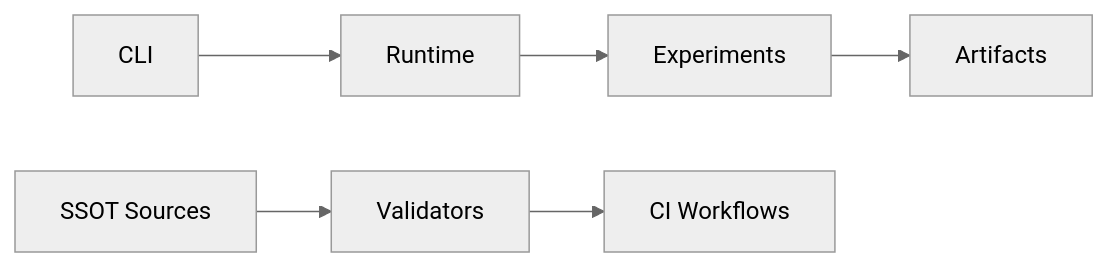
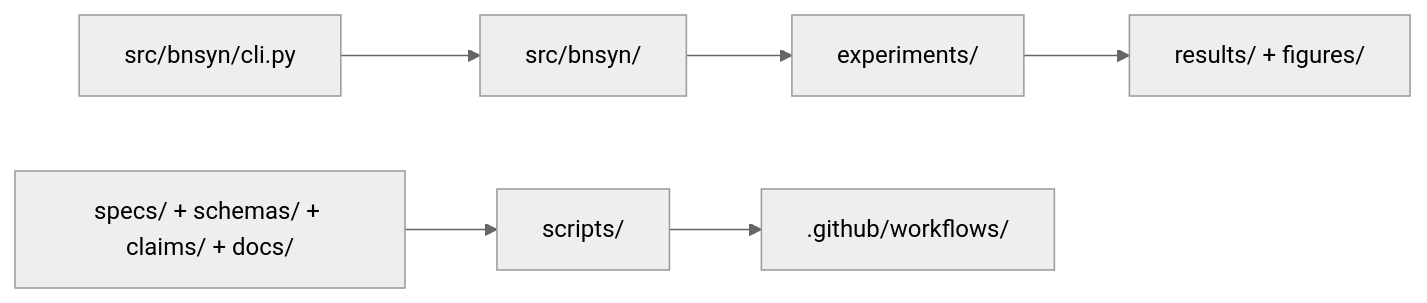
One commit to neuron7x/bnsyn-phase-controlled-emergent-dynamics changed the diagram in README.md. Above: the diagram before and after it, drawn with Mermaid (neutral theme). The commit also changed other lines of this file and 6 other files, not shown here.

Commit message:
Harden docs grounding and add mermaid/svg validators

````diff
--- a/README.md
+++ b/README.md
@@ -39,8 +46,8 @@
 ```mermaid
 flowchart LR
-  A["CLI"] --> B["Runtime"]
-  B --> C["Experiments"]
-  C --> D["Artifacts"]
-  E["SSOT Sources"] --> F["Validators"]
-  F --> G["CI Workflows"]
+  A["src/bnsyn/cli.py"] --> B["src/bnsyn/"]
+  B --> C["experiments/"]
+  C --> D["results/ + figures/"]
+  E["specs/ + schemas/ + claims/ + docs/"] --> F["scripts/"]
+  F --> G[".github/workflows/"]
 ```
````
